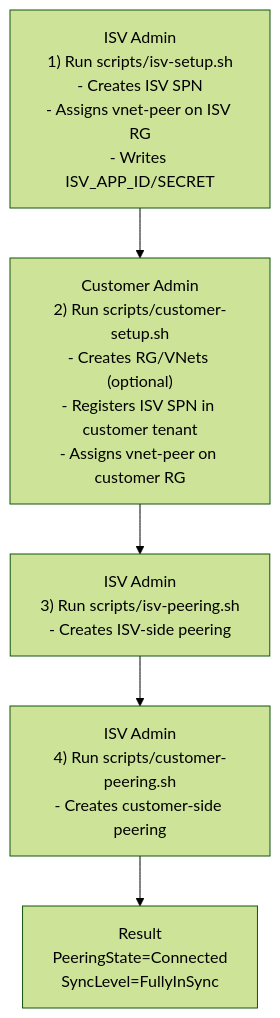
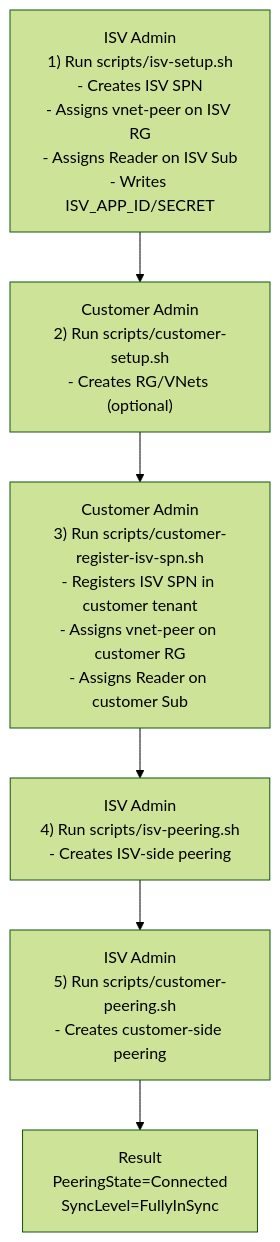
The diagram in README.md (roie9876/Cross-Tenant-VNet-Peering), drawn with Mermaid (forest theme) before and after one commit. The commit also changed other lines of this file, not shown here.

````diff
--- a/README.md
+++ b/README.md
@@ -14,7 +14,8 @@
 ```mermaid
 flowchart TB
-  A["ISV Admin<br/>1) Run scripts/isv-setup.sh<br/>- Creates ISV SPN<br/>- Assigns vnet-peer on ISV RG<br/>- Writes ISV_APP_ID/SECRET"] --> B["Customer Admin<br/>2) Run scripts/customer-setup.sh<br/>- Creates RG/VNets (optional)<br/>- Registers ISV SPN in customer tenant<br/>- Assigns vnet-peer on customer RG"]
-  B --> C["ISV Admin<br/>3) Run scripts/isv-peering.sh<br/>- Creates ISV-side peering"]
-  C --> D["ISV Admin<br/>4) Run scripts/customer-peering.sh<br/>- Creates customer-side peering"]
-  D --> E["Result<br/>PeeringState=Connected<br/>SyncLevel=FullyInSync"]
+  A["ISV Admin<br/>1) Run scripts/isv-setup.sh<br/>- Creates ISV SPN<br/>- Assigns vnet-peer on ISV RG<br/>- Assigns Reader on ISV Sub<br/>- Writes ISV_APP_ID/SECRET"] --> B["Customer Admin<br/>2) Run scripts/customer-setup.sh<br/>- Creates RG/VNets (optional)"]
+  B --> C["Customer Admin<br/>3) Run scripts/customer-register-isv-spn.sh<br/>- Registers ISV SPN in customer tenant<br/>- Assigns vnet-peer on customer RG<br/>- Assigns Reader on customer Sub"]
+  C --> D["ISV Admin<br/>4) Run scripts/isv-peering.sh<br/>- Creates ISV-side peering"]
+  D --> E["ISV Admin<br/>5) Run scripts/customer-peering.sh<br/>- Creates customer-side peering"]
+  E --> F["Result<br/>PeeringState=Connected<br/>SyncLevel=FullyInSync"]
 ```
````
